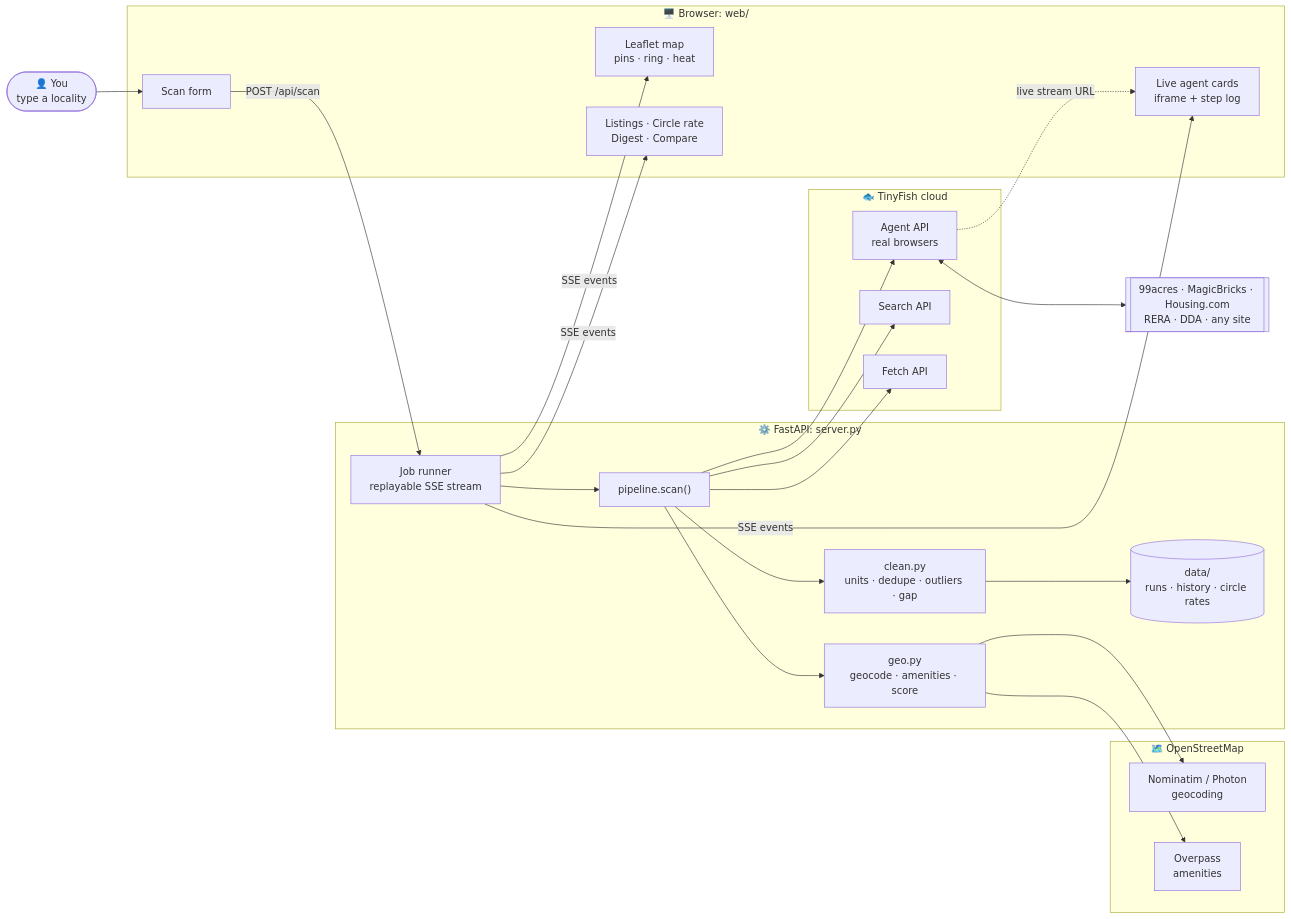
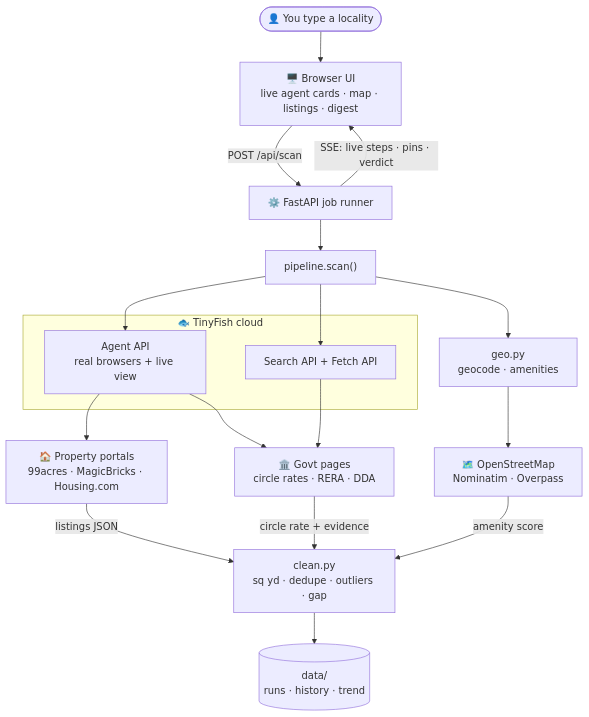
The first of 4 diagrams in README.md (shivanshgoyal100/tinyfish), drawn with Mermaid before and after one commit. The commit also changed other lines of this file, not shown here.

Commit message:
README: readable flowcharts on GitHub
Architecture diagram is now a top-down stack, the sequence diagram is
narrower, and the cleaning pipeline runs top-down instead of one
2,700px-wide row.

````diff
--- a/README.md
+++ b/README.md
@@ -74,48 +74,25 @@
 ```mermaid
-flowchart LR
-    U(["👤 You<br/>type a locality"]) --> UI
+flowchart TB
+    U(["👤 You type a locality"]) --> B["🖥️ Browser UI<br/>live agent cards · map · listings · digest"]
+    B -- "POST /api/scan" --> JOB["⚙️ FastAPI job runner"]
+    JOB -- "SSE: live steps · pins · verdict" --> B
+    JOB --> PIPE["pipeline.scan()"]
 
-    subgraph Browser["🖥️ Browser: web/"]
-        UI["Scan form"]
-        CARDS["Live agent cards<br/>iframe + step log"]
-        MAP["Leaflet map<br/>pins · ring · heat"]
-        TABS["Listings · Circle rate<br/>Digest · Compare"]
+    PIPE --> AG
+    PIPE --> SF
+    subgraph TF["🐟 TinyFish cloud"]
+        AG["Agent API<br/>real browsers + live view"]
+        SF["Search API + Fetch API"]
     end
 
-    subgraph Server["⚙️ FastAPI: server.py"]
-        JOB["Job runner<br/>replayable SSE stream"]
-        PIPE["pipeline.scan()"]
-        CLEAN["clean.py<br/>units · dedupe · outliers · gap"]
-        GEO["geo.py<br/>geocode · amenities · score"]
-        STORE[("data/<br/>runs · history · circle rates")]
-    end
+    AG --> PORTALS["🏠 Property portals<br/>99acres · MagicBricks · Housing.com"]
+    AG --> GOVT["🏛️ Govt pages<br/>circle rates · RERA · DDA"]
+    SF --> GOVT
 
-    subgraph TF["🐟 TinyFish cloud"]
-        AG["Agent API<br/>real browsers"]
-        SE["Search API"]
-        FE["Fetch API"]
-    end
+    PIPE --> GEO["geo.py<br/>geocode · amenities"] --> OSM["🗺️ OpenStreetMap<br/>Nominatim · Overpass"]
 
-    subgraph OSM["🗺️ OpenStreetMap"]
-        NOM["Nominatim / Photon<br/>geocoding"]
-        OVP["Overpass<br/>amenities"]
-    end
-
-    PORTALS[["99acres · MagicBricks · Housing.com<br/>RERA · DDA · any site"]]
-
-    UI -- "POST /api/scan" --> JOB
-    JOB --> PIPE
-    PIPE --> AG
-    PIPE --> SE
-    PIPE --> FE
-    AG <--> PORTALS
-    PIPE --> GEO
-    GEO --> NOM
-    GEO --> OVP
-    PIPE --> CLEAN
-    CLEAN --> STORE
-    JOB -- "SSE events" --> CARDS
-    JOB -- "SSE events" --> MAP
-    JOB -- "SSE events" --> TABS
-    AG -. "live stream URL" .-> CARDS
+    PORTALS -- "listings JSON" --> CLEAN["clean.py<br/>sq yd · dedupe · outliers · gap"]
+    GOVT -- "circle rate + evidence" --> CLEAN
+    OSM -- "amenity score" --> CLEAN
+    CLEAN --> STORE[("data/<br/>runs · history · trend")]
 ```
````
